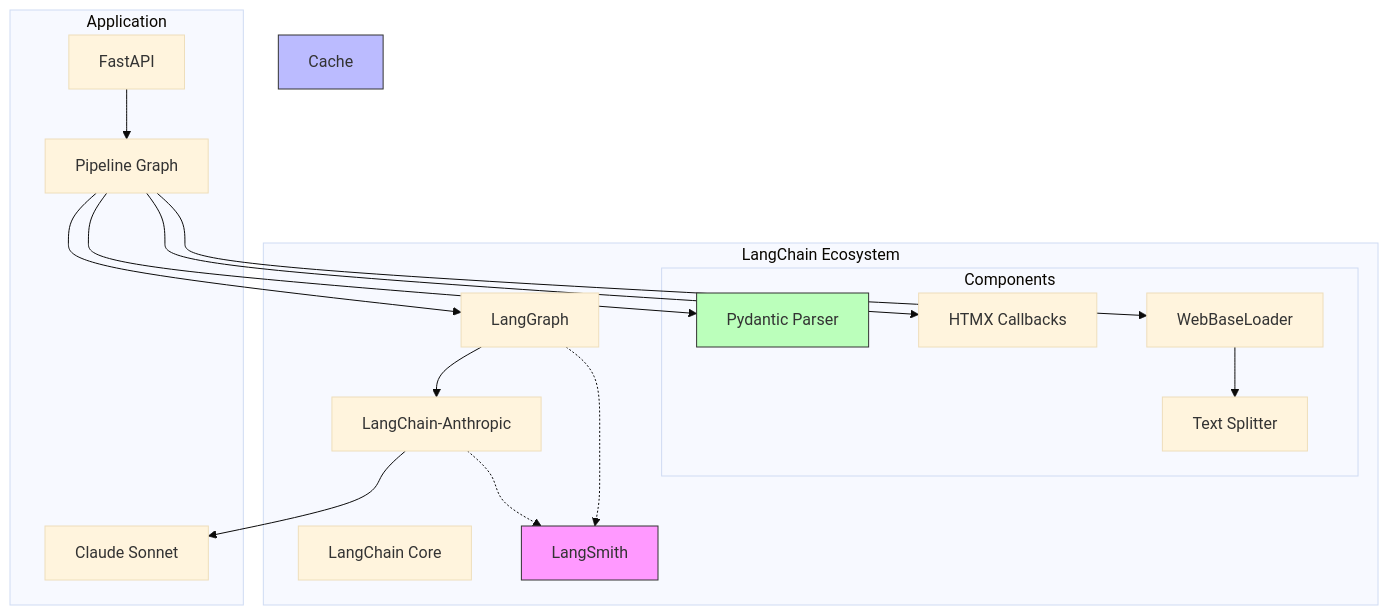
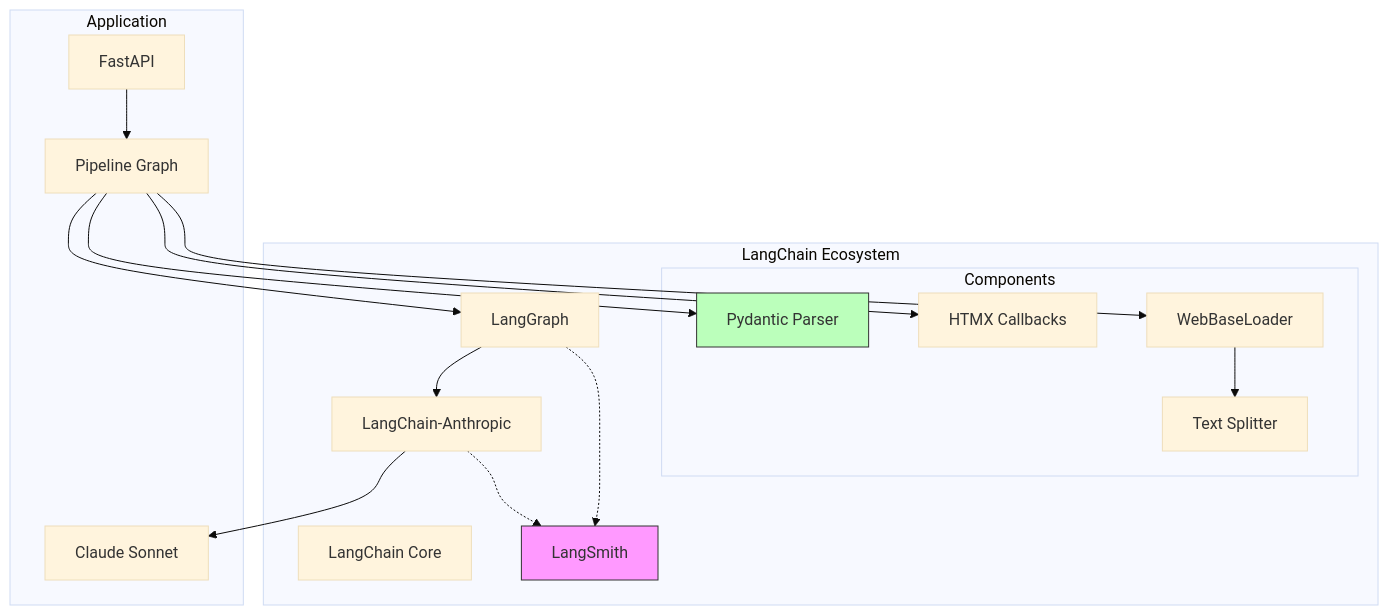
Before and after one commit to darth-dodo/hn-herald: the fifth of 5 diagrams in docs/architecture.md, drawn with Mermaid (base theme). The commit also changed other lines of this file and 12 other files, not shown here.

````diff
--- a/docs/architecture.md
+++ b/docs/architecture.md
@@ -837,39 +836,38 @@
 ```mermaid
 graph TB
     subgraph "LangChain Ecosystem"
         LC[LangChain Core]
         LG[LangGraph]
         LA[LangChain-Anthropic]
         LS[LangSmith]
 
         subgraph "Components"
             Parser[Pydantic Parser]
             Callback[HTMX Callbacks]
             Loader[WebBaseLoader]
             Splitter[Text Splitter]
         end
     end
 
     subgraph "Application"
         API[FastAPI]
         Graph[Pipeline Graph]
         LLM[Claude Sonnet]
     end
 
     API --> Graph
     Graph --> LG
     LG --> LA
     LA --> LLM
 
     Graph --> Parser
     Graph --> Callback
     Graph --> Loader
     Loader --> Splitter
 
     LG -.-> LS
     LA -.-> LS
 
     style LS fill:#f9f,stroke:#333
-    style Cache fill:#bbf,stroke:#333
     style Parser fill:#bfb,stroke:#333
 ```
````
